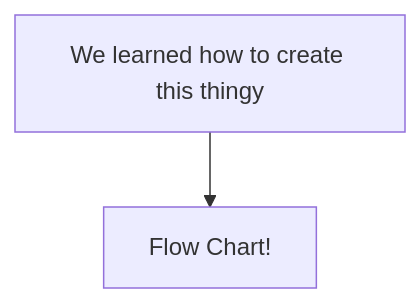
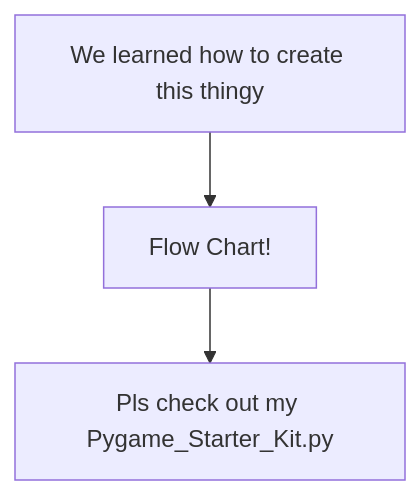
Before and after one commit to joshua-waa/2025-2026-CIF: the diagram in README.md, drawn with Mermaid.

````diff
--- a/README.md
+++ b/README.md
@@ -3,6 +3,7 @@
 ```mermaid
 flowchart TD
   St[We learned how to create this thingy]-->A
-  A[Flow Chart!]
+  A[Flow Chart!]-->B
+  B[Pls check out my Pygame_Starter_Kit.py]
 
 ``` 
````
